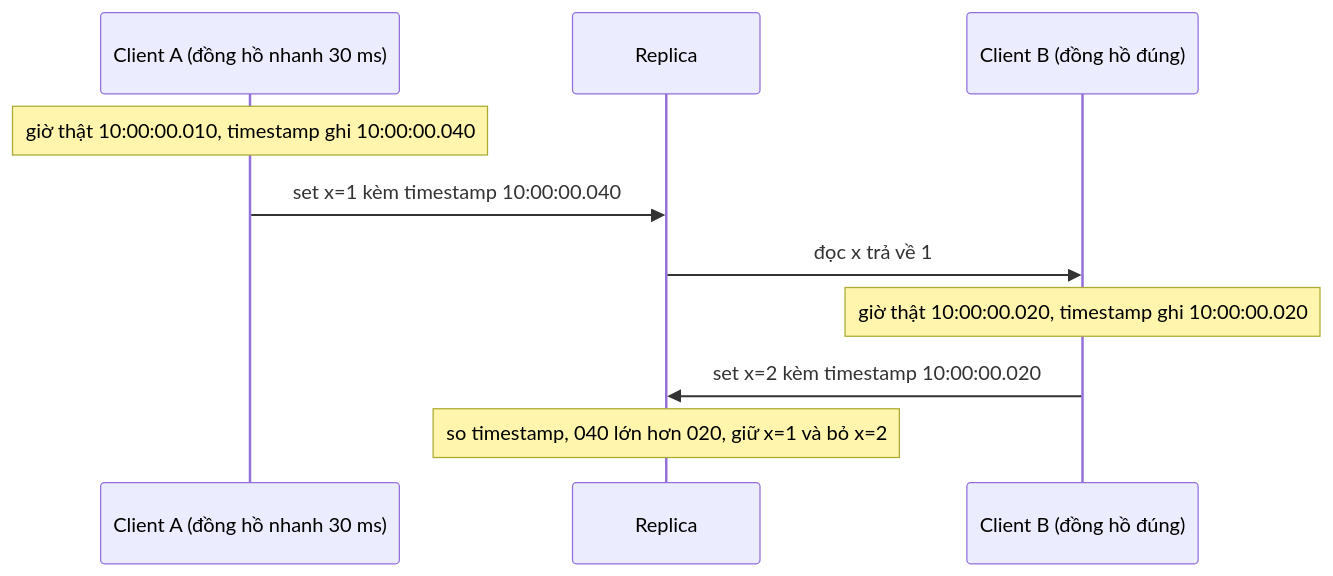
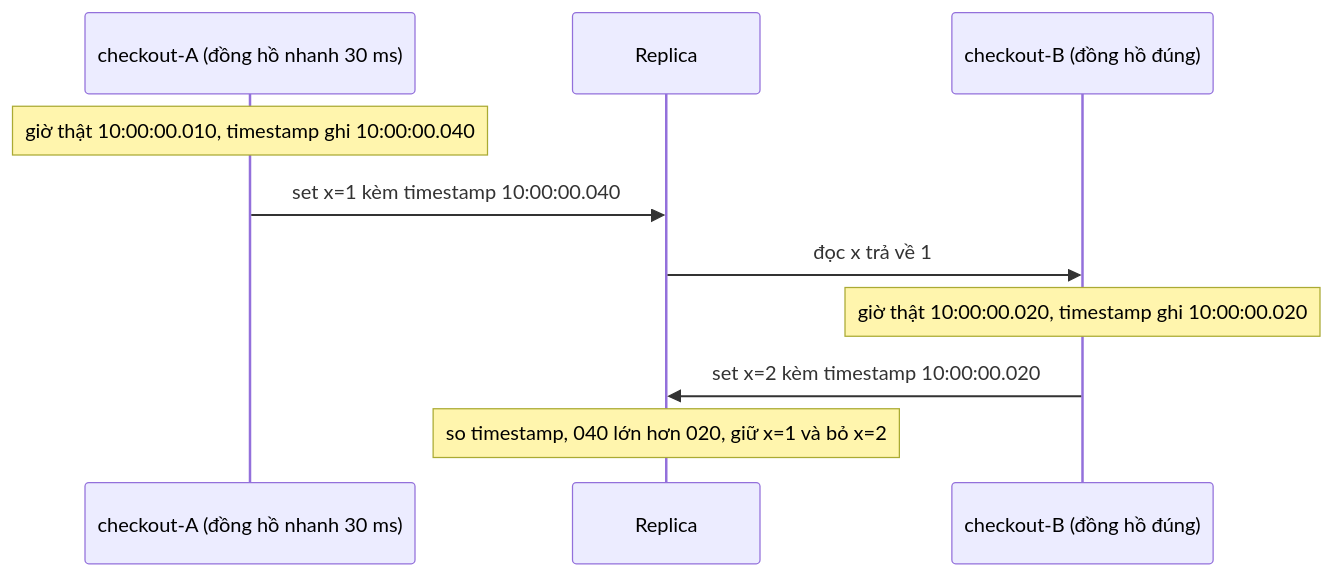
The fourth of 6 diagrams in docs/12-he-thong-du-lieu/08-su-co-he-phan-tan.md (pirumu/irust), drawn with Mermaid before and after one commit. The commit also changed other lines of this file and 27 other files, not shown here.

````diff
--- a/docs/12-he-thong-du-lieu/08-su-co-he-phan-tan.md
+++ b/docs/12-he-thong-du-lieu/08-su-co-he-phan-tan.md
@@ -246,12 +284,12 @@
 ```mermaid
 sequenceDiagram
-  participant A as Client A (đồng hồ nhanh 30 ms)
+  participant A as checkout-A (đồng hồ nhanh 30 ms)
   participant R as Replica
-  participant B as Client B (đồng hồ đúng)
+  participant B as checkout-B (đồng hồ đúng)
   Note over A: giờ thật 10:00:00.010, timestamp ghi 10:00:00.040
   A->>R: set x=1 kèm timestamp 10:00:00.040
   R->>B: đọc x trả về 1
   Note over B: giờ thật 10:00:00.020, timestamp ghi 10:00:00.020
   B->>R: set x=2 kèm timestamp 10:00:00.020
   Note over R: so timestamp, 040 lớn hơn 020, giữ x=1 và bỏ x=2
 ```
````
